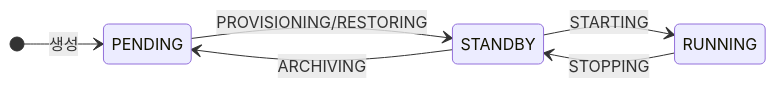
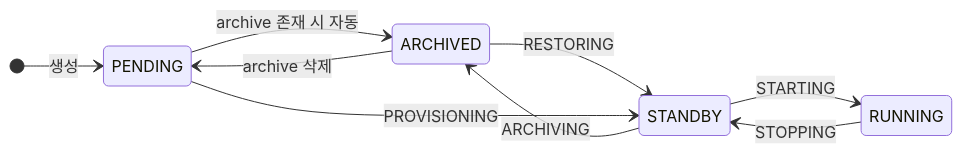
Before and after one commit to cagojeiger/code-hub: the first of 7 diagrams in docs/spec_v2/02-states.md, drawn with Mermaid. The commit also changed other lines of this file and 2 other files, not shown here.

````diff
--- a/docs/spec_v2/02-states.md
+++ b/docs/spec_v2/02-states.md
@@ -98,9 +120,12 @@
 ```mermaid
 stateDiagram-v2
     direction LR
     [*] --> PENDING: 생성
-    PENDING --> STANDBY: PROVISIONING/RESTORING
+    PENDING --> ARCHIVED: archive 존재 시 자동
+    ARCHIVED --> STANDBY: RESTORING
+    PENDING --> STANDBY: PROVISIONING
     STANDBY --> RUNNING: STARTING
     RUNNING --> STANDBY: STOPPING
-    STANDBY --> PENDING: ARCHIVING
+    STANDBY --> ARCHIVED: ARCHIVING
+    ARCHIVED --> PENDING: archive 삭제
 ```
````
